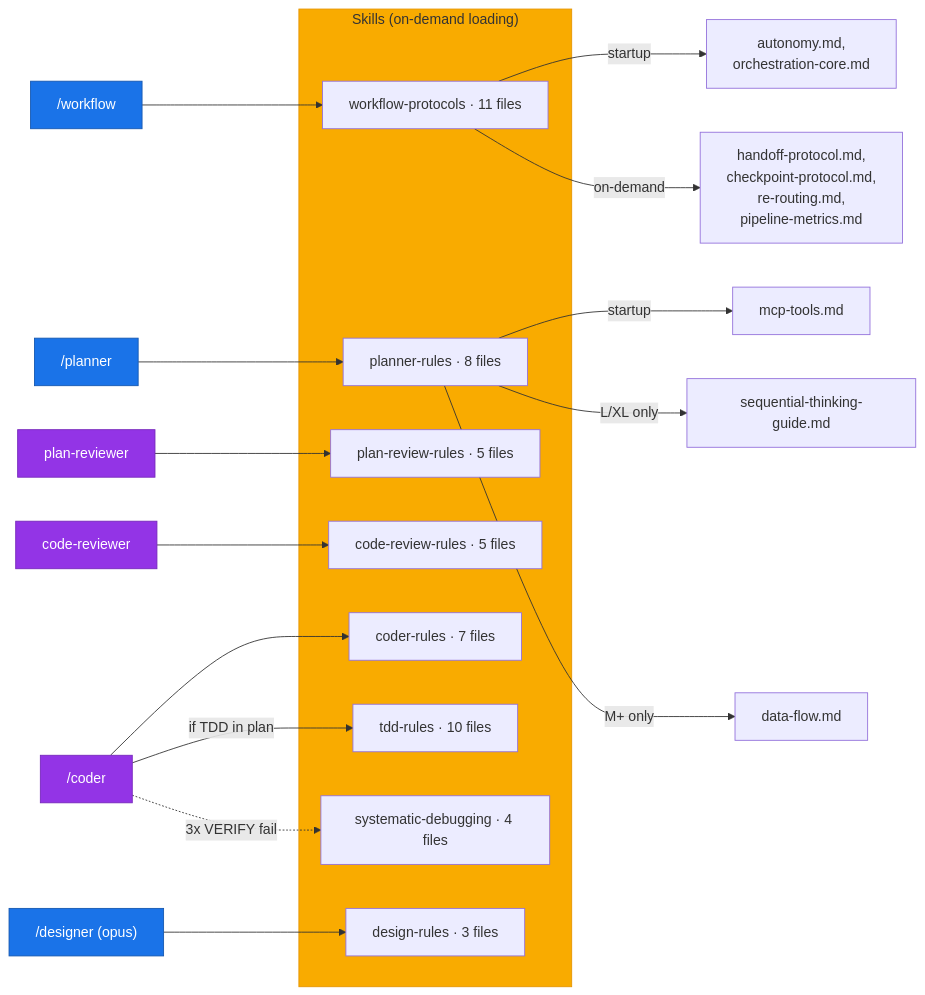
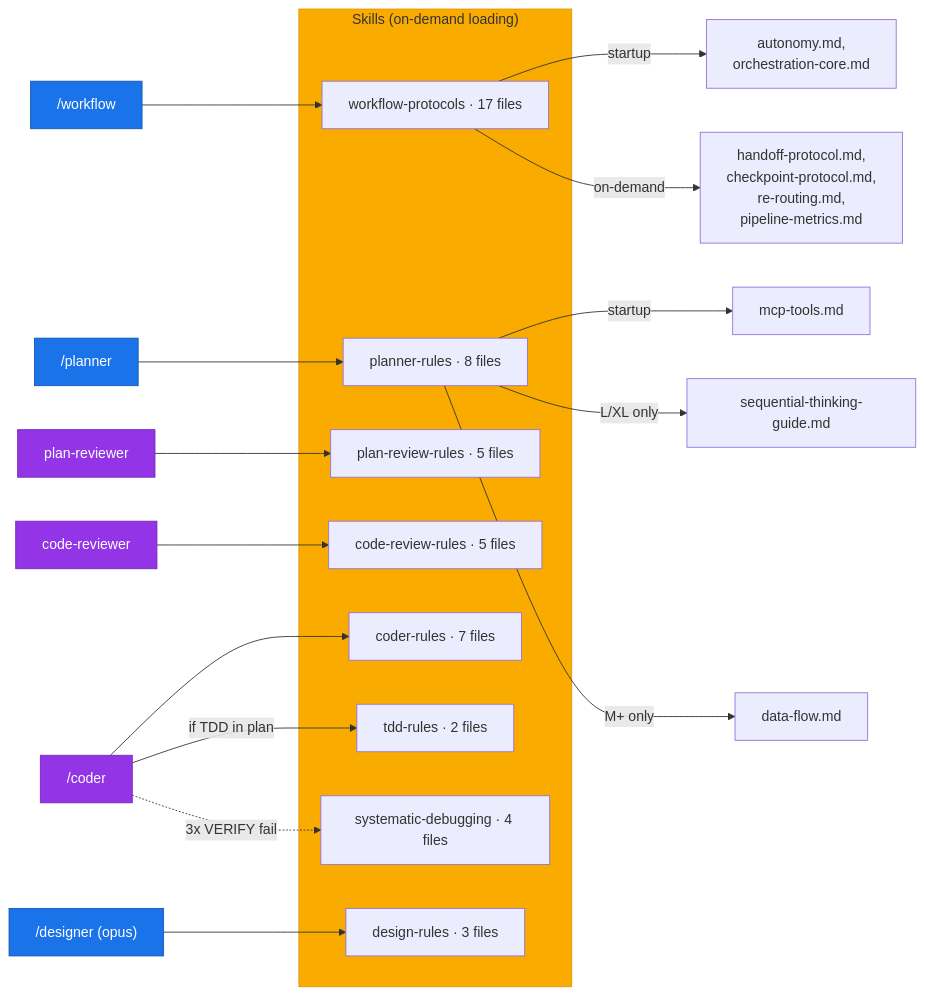
The fifth of 6 diagrams in README.md (hex0xdeadbeef/claude-kit), drawn with Mermaid before and after one commit. The commit also changed other lines of this file, not shown here.

````diff
--- a/README.md
+++ b/README.md
@@ -525,37 +540,37 @@
 ```mermaid
 flowchart LR
     subgraph SKILLS ["Skills (on-demand loading)"]
-        WP["workflow-protocols · 11 files"]
+        WP["workflow-protocols · 17 files"]
         PLR["planner-rules · 8 files"]
         CDR["coder-rules · 7 files"]
         PRR["plan-review-rules · 5 files"]
         CRR["code-review-rules · 5 files"]
-        TDD["tdd-rules · 10 files"]
+        TDD["tdd-rules · 2 files"]
         DR["design-rules · 3 files"]
         SDB["systematic-debugging · 4 files"]
     end
 
     WF2["/workflow"] --> WP
     PL2["/planner"] --> PLR
     CO2["/coder"] --> CDR
     CO2 -->|"if TDD in plan"| TDD
     CO2 -.->|"3x VERIFY fail"| SDB
     DES2["/designer (opus)"] --> DR
     PREV["plan-reviewer"] --> PRR
     CREV["code-reviewer"] --> CRR
 
     WP -->|startup| A1["autonomy.md,<br/>orchestration-core.md"]
     WP -->|on-demand| A2["handoff-protocol.md,<br/>checkpoint-protocol.md,<br/>re-routing.md,<br/>pipeline-metrics.md"]
 
     PLR -->|startup| B1["mcp-tools.md"]
     PLR -->|"L/XL only"| B2["sequential-thinking-guide.md"]
     PLR -->|"M+ only"| B3["data-flow.md"]
 
     style SKILLS fill:#f9ab00,color:#333,stroke:#e69500
     style WF2 fill:#1a73e8,color:#fff,stroke:#1557b0
     style PL2 fill:#1a73e8,color:#fff,stroke:#1557b0
     style DES2 fill:#1a73e8,color:#fff,stroke:#1557b0
     style CO2 fill:#9334e6,color:#fff,stroke:#7627bb
     style PREV fill:#9334e6,color:#fff,stroke:#7627bb
     style CREV fill:#9334e6,color:#fff,stroke:#7627bb
 ```
````
